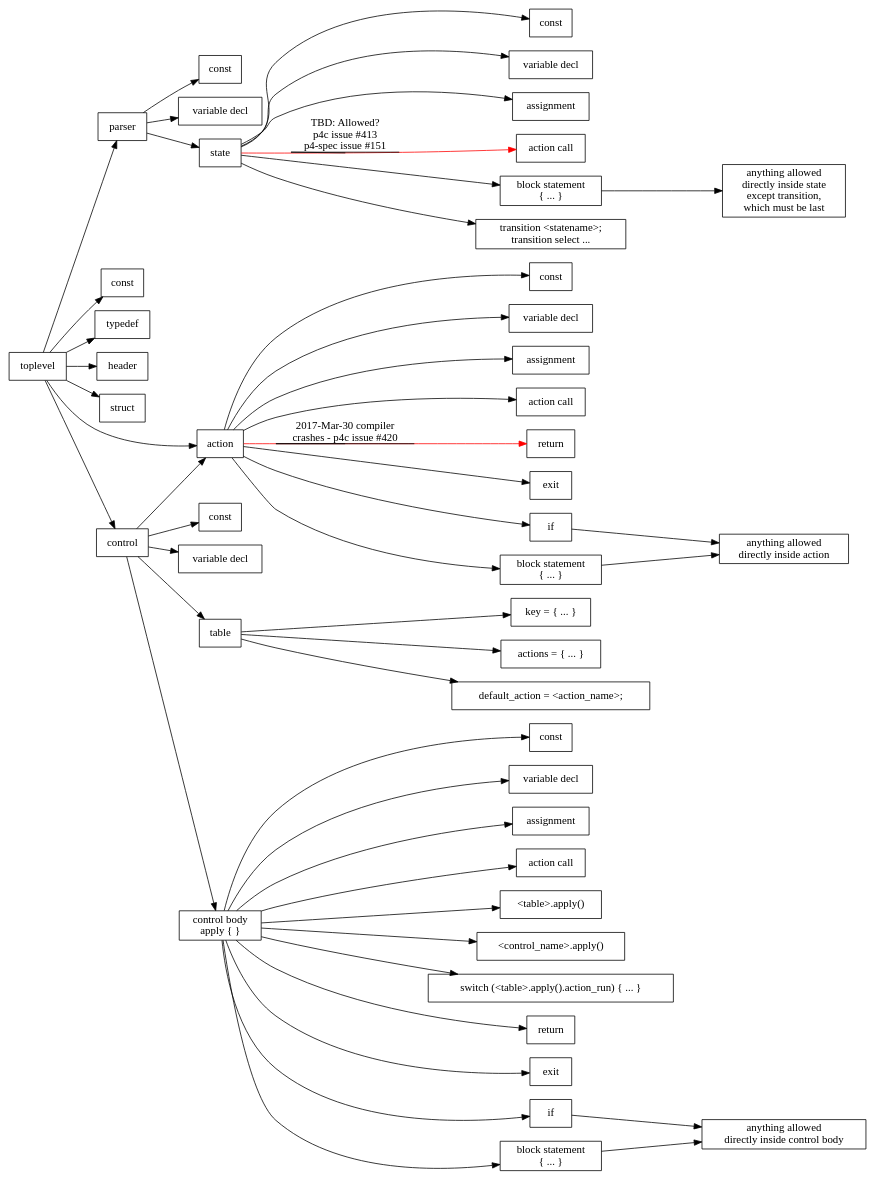
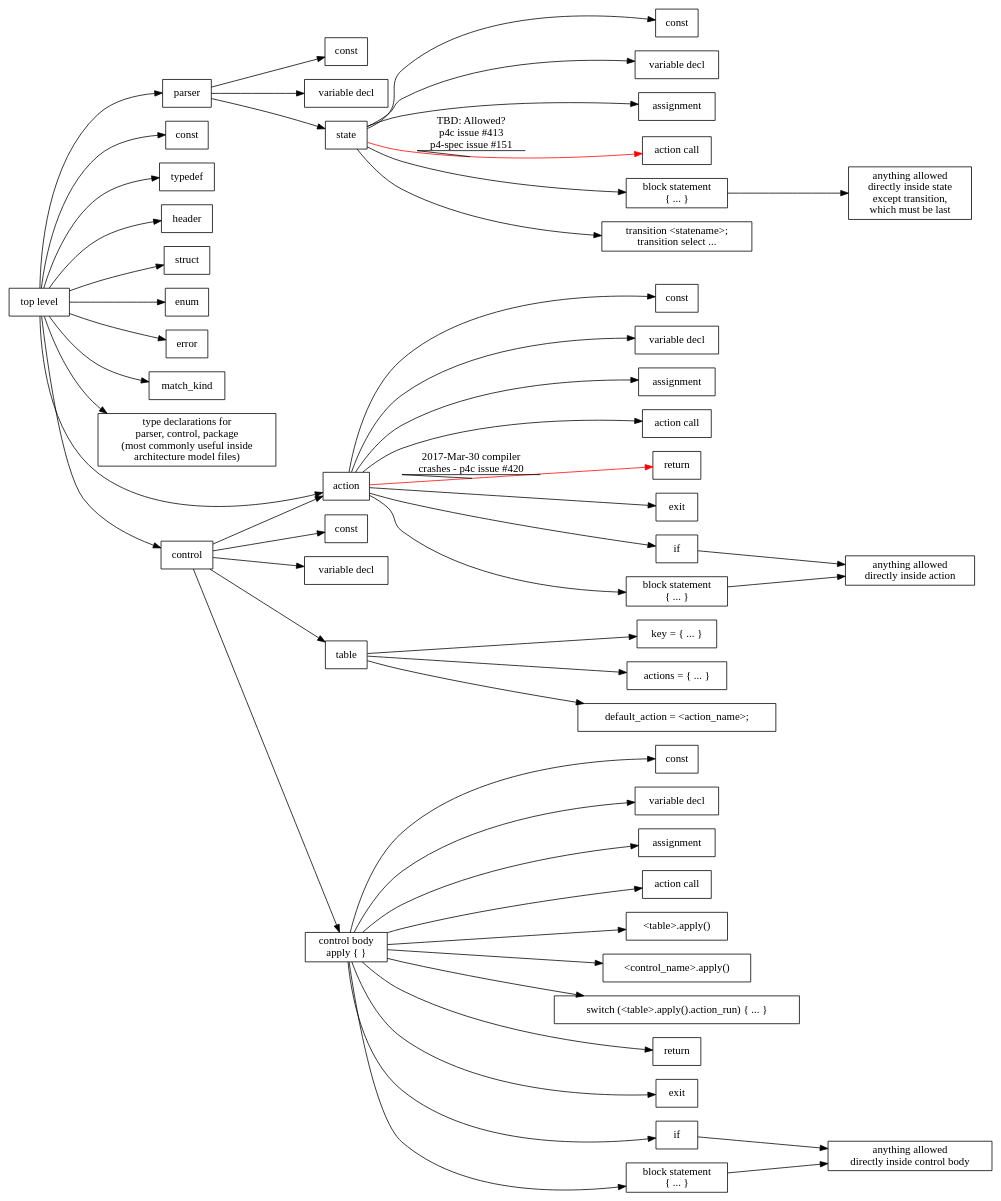
Before and after one commit to jafingerhut/p4-guide: the diagram in p4-16-allowed-constructs.dot, drawn with Graphviz. The commit also changed 2 other files, not shown here.

Commit message:
Add error, enum, match_kind, and parser/control/package type declarations

```diff
--- a/p4-16-allowed-constructs.dot
+++ b/p4-16-allowed-constructs.dot
@@ -1,136 +1,145 @@
 digraph p4_16_allowed_construct_nesting {
 
     node [shape=box];
     rankdir=LR;
     
     
+    toplevel [label="top level"];
     toplevel -> parserDeclaration;
     parserDeclaration [label="parser"];
     toplevel -> constantDeclaration1;
     constantDeclaration1 [label="const"];
     toplevel -> typedefDeclaration;
     typedefDeclaration [label="typedef"];
     toplevel -> headerTypeDeclaration;
     headerTypeDeclaration [label="header"];
     toplevel -> structTypeDeclaration;
     structTypeDeclaration [label="struct"];
+    toplevel -> enumDeclaration;
+    enumDeclaration [label="enum"];
+    toplevel -> errorDeclaration;
+    errorDeclaration [label="error"];
+    toplevel -> matchKindDeclaration;
+    matchKindDeclaration [label="match_kind"];
+    toplevel -> typeDeclarations;
+    typeDeclarations [label="type declarations for\nparser, control, package\n(most commonly useful inside\narchitecture model files)"];
     toplevel -> actionDeclaration;
     actionDeclaration [label="action"];
     toplevel -> controlDeclaration;
     controlDeclaration [label="control"];
 
     // this is 'parser <name> (<parameters>) { ... }'
     parserDeclaration -> constantDeclaration2;
     constantDeclaration2 [label="const"];
     parserDeclaration -> variableDeclaration2;
     variableDeclaration2 [label="variable decl"];
     parserDeclaration -> parserState;
 
     parserState [label="state"];
     parserState -> constantDeclaration3;
     constantDeclaration3 [label="const"];
     parserState -> variableDeclaration3;
     variableDeclaration3 [label="variable decl"];
     parserState -> assignmentStatement3;
     assignmentStatement3 [label="assignment"];
     parserState -> actionCallStatement3 [color=red label="TBD: Allowed?\np4c issue #413\np4-spec issue #151" decorate=True];
     actionCallStatement3 [label="action call"];
     parserState -> blockStatement3;
     blockStatement3 [label="block statement\n{ ... }"];
     blockStatement3 -> blockStatementInParserState;
     blockStatementInParserState [label="anything allowed\ndirectly inside state\nexcept transition,\nwhich must be last"];
     parserState -> transitionStatement;
     transitionStatement [label="transition <statename>;\ntransition select ..."];
 
     controlDeclaration -> constantDeclaration4;
     constantDeclaration4 [label="const"];
     controlDeclaration -> variableDeclaration4;
     variableDeclaration4 [label="variable decl"];
     controlDeclaration -> actionDeclaration;
     controlDeclaration -> tableDeclaration;
     controlDeclaration -> controlBody;
     controlBody [label="control body\napply { }"];
 
     tableDeclaration [label="table"];
     tableDeclaration -> tablePropertyKey;
     tablePropertyKey [label="key = { ... }"];
     tableDeclaration -> tablePropertyActions;
     tablePropertyActions [label="actions = { ... }"];
     tableDeclaration -> tablePropertyDefaultAction;
     tablePropertyDefaultAction [label="default_action = <action_name>;"];
 
     actionDeclaration -> constantDeclaration5;
     constantDeclaration5 [label="const"];
     actionDeclaration -> variableDeclaration5;
     variableDeclaration5 [label="variable decl"];
     actionDeclaration -> assignmentStatement5;
     assignmentStatement5 [label="assignment"];
     actionDeclaration -> actionCallStatement5;
     actionCallStatement5 [label="action call"];
     actionDeclaration -> returnStatement5 [color=red label="2017-Mar-30 compiler\ncrashes - p4c issue #420" decorate=True];
     returnStatement5 [label="return"];
     actionDeclaration -> exitStatement5;
     exitStatement5 [label="exit"];
     actionDeclaration -> conditionalStatement5;
     conditionalStatement5 [label="if"];
     conditionalStatement5 -> blockStatementInActionDeclaration;
     actionDeclaration -> blockStatement5;
     blockStatement5 [label="block statement\n{ ... }"];
     blockStatement5 -> blockStatementInActionDeclaration;
     blockStatementInActionDeclaration [label="anything allowed\ndirectly inside action"];
 
     // I am making up actionCallStatement.  It might most closely
     // correspond in P4_16 grammar to assignmentOrMethodCallStatement.
     //actionCallStatement
 
     controlBody -> constantDeclaration6;
     constantDeclaration6 [label="const"];
     controlBody -> variableDeclaration6;
     variableDeclaration6 [label="variable decl"];
     controlBody -> assignmentStatement6;
     assignmentStatement6 [label="assignment"];
     controlBody -> actionCallStatement6;
     actionCallStatement6 [label="action call"];
     controlBody -> tableApplyCall6;
     tableApplyCall6 [label="<table>.apply()"];
     controlBody -> controlCallStatement6;
     controlCallStatement6 [label="<control_name>.apply()"];
     controlBody -> switchStatement6;
     switchStatement6 [label="switch (<table>.apply().action_run) { ... }"];
     controlBody -> returnStatement6;
     returnStatement6 [label="return"];
     controlBody -> exitStatement6;
     exitStatement6 [label="exit"];
     controlBody -> conditionalStatement6;
     conditionalStatement6 [label="if"];
     conditionalStatement6 -> blockStatementInControlBody;
     controlBody -> blockStatement6;
     blockStatement6 [label="block statement\n{ ... }"];
     blockStatement6 -> blockStatementInControlBody;
     blockStatementInControlBody [label="anything allowed\ndirectly inside control body"];
 
 //    blockStatement [label="block statement\n{ ... }"];
 //    blockStatement -> constantDeclaration7;
 //    constantDeclaration7 [label="const"];
 //    blockStatement -> variableDeclaration7;
 //    variableDeclaration7 [label="variable decl"];
 //    blockStatement -> actionCallStatement7;
 //    actionCallStatement7 [label="action call"];
 //    blockStatement -> assignmentStatement7;
 //    assignmentStatement7 [label="assignment"];
 //    blockStatement -> blockStatement;
 //    blockStatement -> conditionalStatement7 [label="unless block is\ninside state" decorate=True];
 //    conditionalStatement7 [label="if"];
 //    conditionalStatement7 -> conditionalStatement7;
 //    blockStatement -> returnStatement7 [label="unless block is\ninside state" decorate=True];
 //    returnStatement7 [label="return"];
 //    blockStatement -> exitStatement7 [label="unless block is\ninside state" decorate=True];
 //    exitStatement7 [label="exit"];
 //    blockStatement -> tableApplyCall7 [label="only in\ncontrol body\n'apply'" decorate=True];
 //    tableApplyCall7 [label="<table>.apply()"];
 //    blockStatement -> switchStatement7 [label="only in\ncontrol body\n'apply'" decorate=True];
 //    switchStatement7 [label="switch (<table>.apply().action_run) { ... }"];
 
 //    conditionalStatement [label="if"];
 //    conditionalStatement -> conditionalStatement;
 }
```
